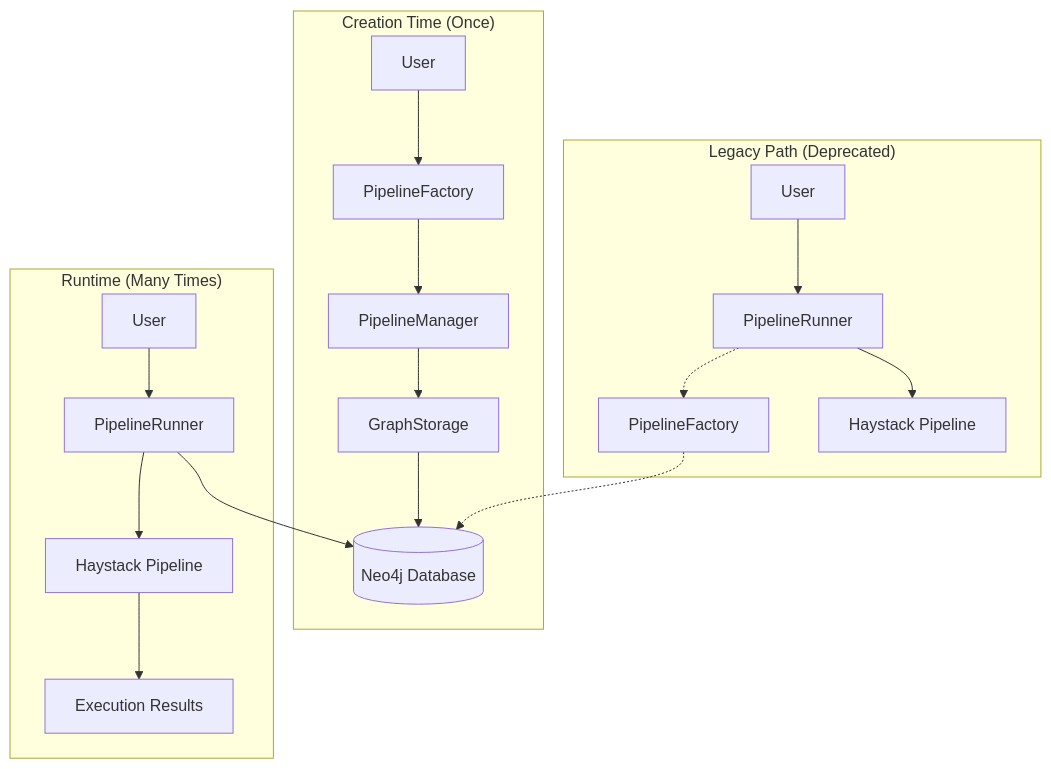
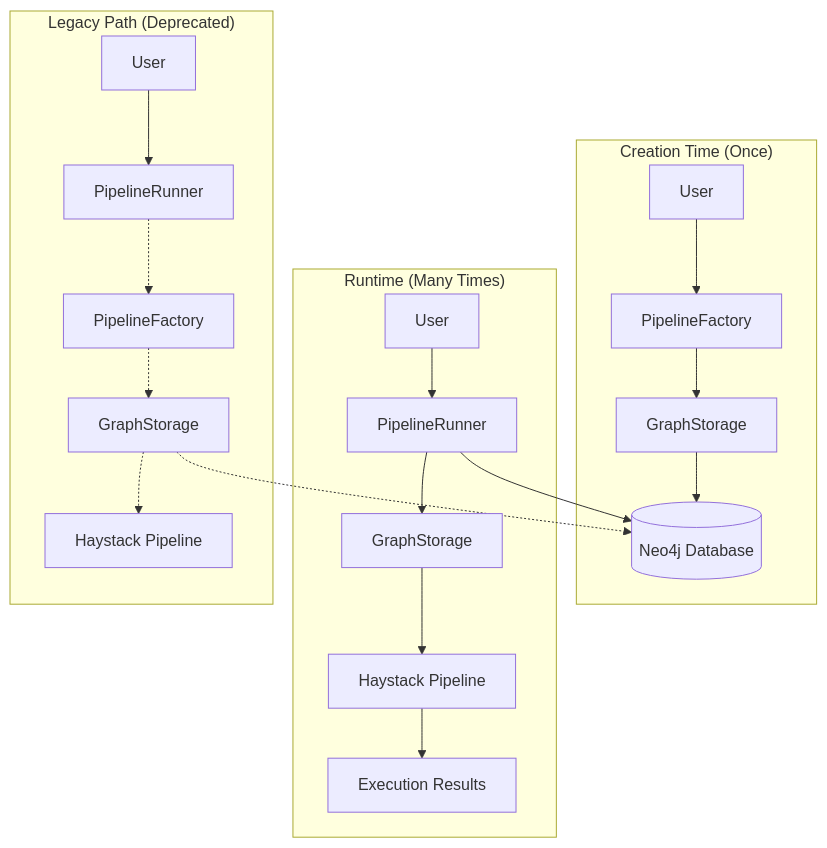
Before and after one commit to arkhai-io/agentic-rag-green: the first of 4 diagrams in agentic_rag/pipeline/README.md, drawn with Mermaid. The commit also changed other lines of this file and 5 other files, not shown here.

Commit message:
depdendency: removed PipelineManager and simplied execution workflow

````diff
--- a/agentic_rag/pipeline/README.md
+++ b/agentic_rag/pipeline/README.md
@@ -7,23 +7,24 @@
 ```mermaid
 graph TB
     subgraph "Creation Time (Once)"
         User1[User] --> Factory[PipelineFactory]
-        Factory --> Manager[PipelineManager]
-        Manager --> Storage[GraphStorage]
+        Factory --> Storage[GraphStorage]
         Storage --> Neo4j[(Neo4j Database)]
     end
 
     subgraph "Runtime (Many Times)"
         User2[User] --> Runner[PipelineRunner]
         Runner --> Neo4j
-        Runner --> Haystack[Haystack Pipeline]
+        Runner --> Storage2[GraphStorage]
+        Storage2 --> Haystack[Haystack Pipeline]
         Haystack --> Results[Execution Results]
     end
 
     subgraph "Legacy Path (Deprecated)"
         User3[User] --> Runner2[PipelineRunner]
         Runner2 -.-> Factory2[PipelineFactory]
-        Factory2 -.-> Neo4j
-        Runner2 --> Haystack2[Haystack Pipeline]
+        Factory2 -.-> Storage3[GraphStorage]
+        Storage3 -.-> Neo4j
+        Storage3 -.-> Haystack2[Haystack Pipeline]
     end
 ```
````
